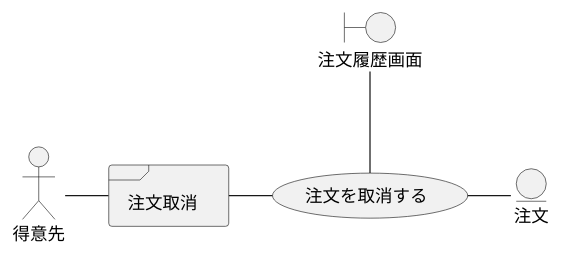
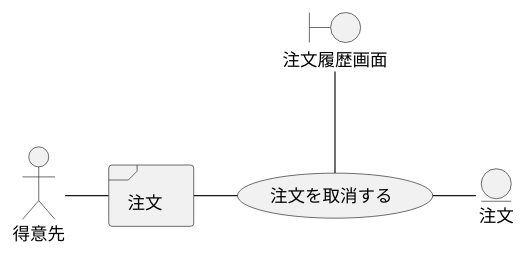
One commit to k2works/application_programing_excercise_2022 changed diagram 27 of 49 in docs/index.adoc. Above: the diagram before and after it, drawn with PlantUML. The commit also changed other lines of this file, not shown here.

```diff
--- a/docs/index.adoc
+++ b/docs/index.adoc
@@ -904,14 +914,14 @@
 [plantuml]
 ----
 @startuml
 actor "得意先" as ac_01
-frame "注文取消" as f01
+frame "注文" as f01
 usecase "注文を取消する" as UC1
 boundary "注文履歴画面" as b01
 entity "注文" as e01
 
 ac_01 - f01
 f01 - UC1
 b01 -- UC1
 UC1 - e01
 ----
```
